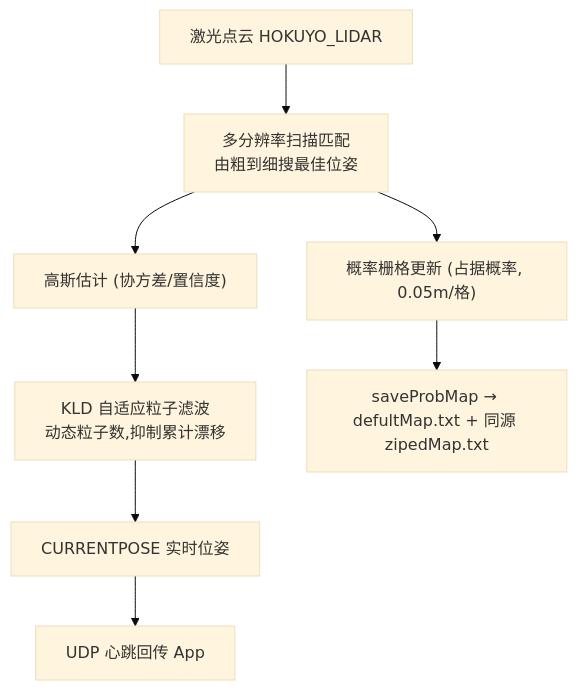
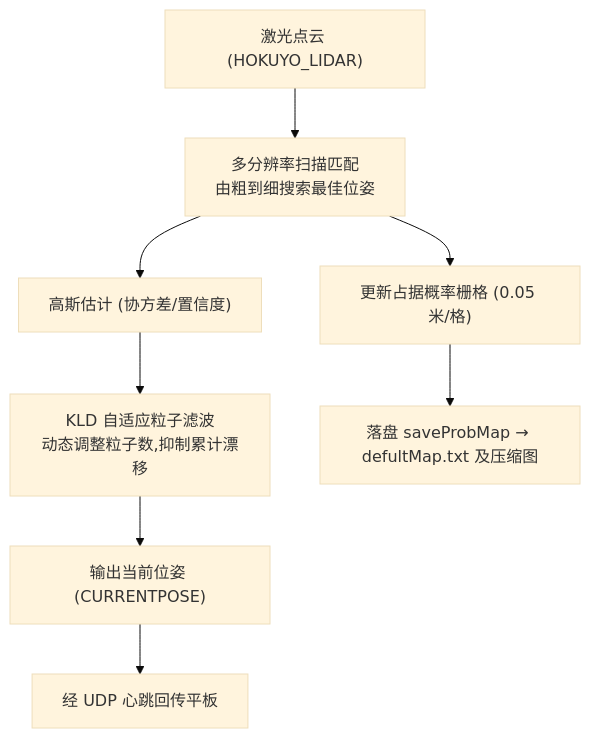
The seventh of 33 diagrams in 竞赛文档/作品设计文档.md (Drahann/OpenHarmonyCar), drawn with Mermaid (base theme) before and after one commit. The commit also changed other lines of this file and 37 other files, not shown here.

````diff
--- a/竞赛文档/作品设计文档.md
+++ b/竞赛文档/作品设计文档.md
@@ -426,10 +394,10 @@
 ```mermaid
 graph TB
-  L["激光点云 HOKUYO_LIDAR"] --> SM["多分辨率扫描匹配<br/>由粗到细搜最佳位姿"]
+  L["激光点云 (HOKUYO_LIDAR)"] --> SM["多分辨率扫描匹配<br/>由粗到细搜索最佳位姿"]
   SM --> GE["高斯估计 (协方差/置信度)"]
-  GE --> PF["KLD 自适应粒子滤波<br/>动态粒子数,抑制累计漂移"]
-  PF --> POSE["CURRENTPOSE 实时位姿"]
-  SM --> MAP["概率栅格更新 (占据概率, 0.05m/格)"]
-  MAP --> SAVE["saveProbMap → defultMap.txt + 同源 zipedMap.txt"]
-  POSE --> HB["UDP 心跳回传 App"]
+  GE --> PF["KLD 自适应粒子滤波<br/>动态调整粒子数,抑制累计漂移"]
+  PF --> POSE["输出当前位姿 (CURRENTPOSE)"]
+  SM --> MAP["更新占据概率栅格 (0.05 米/格)"]
+  MAP --> SAVE["落盘 saveProbMap → defultMap.txt 及压缩图"]
+  POSE --> HB["经 UDP 心跳回传平板"]
 ```
````
